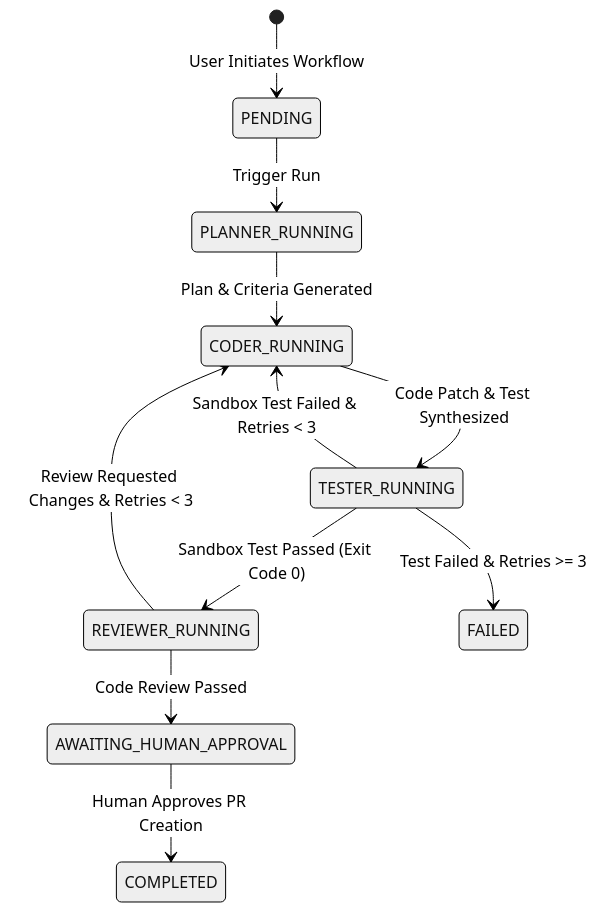
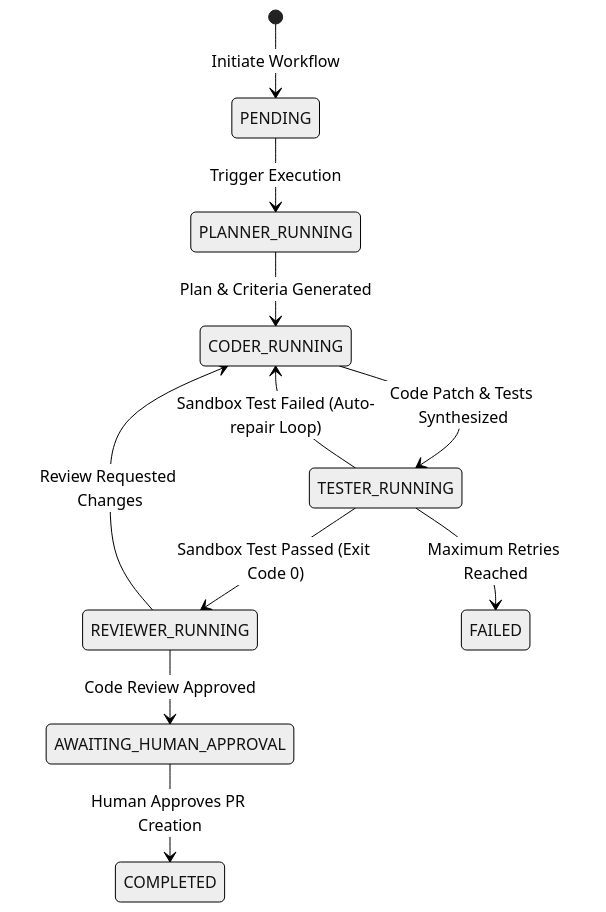
The third of 3 diagrams in docs/ai-architecture.md (sakshiraut17/devsquad), drawn with Mermaid (neutral theme) before and after one commit. The commit also changed other lines of this file and 11 other files, not shown here.

````diff
--- a/docs/ai-architecture.md
+++ b/docs/ai-architecture.md
@@ -122,13 +120,13 @@
 ```mermaid
 stateDiagram-v2
-    [*] --> PENDING: User Initiates Workflow
-    PENDING --> PLANNER_RUNNING: Trigger Run
+    [*] --> PENDING: Initiate Workflow
+    PENDING --> PLANNER_RUNNING: Trigger Execution
     PLANNER_RUNNING --> CODER_RUNNING: Plan & Criteria Generated
-    CODER_RUNNING --> TESTER_RUNNING: Code Patch & Test Synthesized
-    TESTER_RUNNING --> CODER_RUNNING: Sandbox Test Failed & Retries < 3
+    CODER_RUNNING --> TESTER_RUNNING: Code Patch & Tests Synthesized
+    TESTER_RUNNING --> CODER_RUNNING: Sandbox Test Failed (Auto-repair Loop)
     TESTER_RUNNING --> REVIEWER_RUNNING: Sandbox Test Passed (Exit Code 0)
-    TESTER_RUNNING --> FAILED: Test Failed & Retries >= 3
-    REVIEWER_RUNNING --> AWAITING_HUMAN_APPROVAL: Code Review Passed
-    REVIEWER_RUNNING --> CODER_RUNNING: Review Requested Changes & Retries < 3
+    TESTER_RUNNING --> FAILED: Maximum Retries Reached
+    REVIEWER_RUNNING --> AWAITING_HUMAN_APPROVAL: Code Review Approved
+    REVIEWER_RUNNING --> CODER_RUNNING: Review Requested Changes
     AWAITING_HUMAN_APPROVAL --> COMPLETED: Human Approves PR Creation
 ```
````
